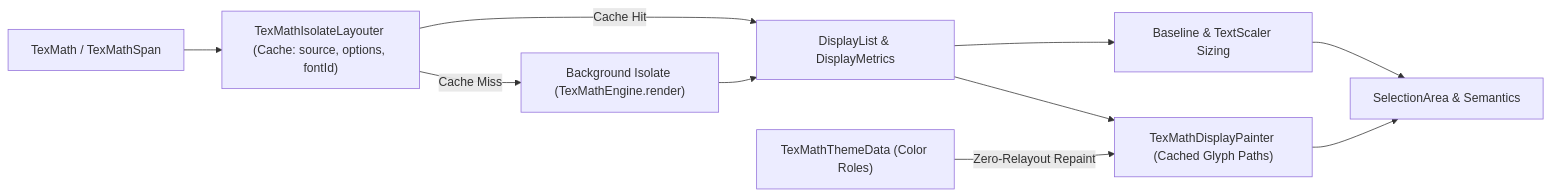
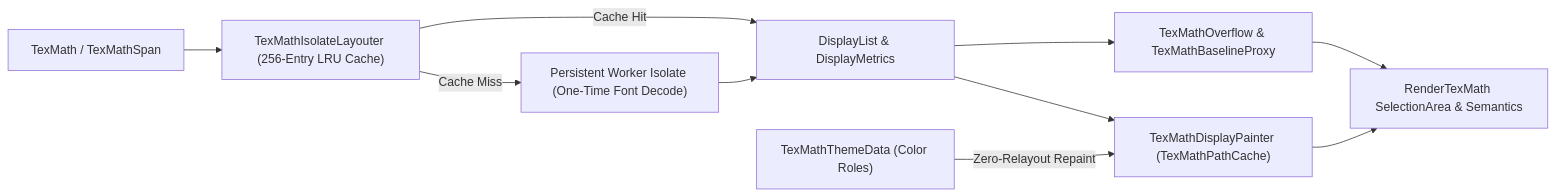
The third of 3 diagrams in doc/ARCHITECTURE.md (tkinnis/tex_math), drawn with Mermaid before and after one commit. The commit also changed other lines of this file and 30 other files, not shown here.

````diff
--- a/doc/ARCHITECTURE.md
+++ b/doc/ARCHITECTURE.md
@@ -136,12 +148,12 @@
 ```mermaid
 flowchart LR
-  Widget["TexMath / TexMathSpan"] --> Layouter["TexMathIsolateLayouter (Cache: source, options, fontId)"]
-  Layouter -->|"Cache Miss"| Isolate["Background Isolate (TexMathEngine.render)"]
+  Widget["TexMath / TexMathSpan"] --> Layouter["TexMathIsolateLayouter (256-Entry LRU Cache)"]
+  Layouter -->|"Cache Miss"| Isolate["Persistent Worker Isolate (One-Time Font Decode)"]
   Isolate --> DL["DisplayList & DisplayMetrics"]
   Layouter -->|"Cache Hit"| DL
-  DL --> Painter["TexMathDisplayPainter (Cached Glyph Paths)"]
+  DL --> Painter["TexMathDisplayPainter (TexMathPathCache)"]
   Theme["TexMathThemeData (Color Roles)"] -->|"Zero-Relayout Repaint"| Painter
-  DL --> Sizing["Baseline & TextScaler Sizing"]
-  Painter --> Access["SelectionArea & Semantics"]
+  DL --> Sizing["TexMathOverflow & TexMathBaselineProxy"]
+  Painter --> Access["RenderTexMath SelectionArea & Semantics"]
   Sizing --> Access
 ```
````
